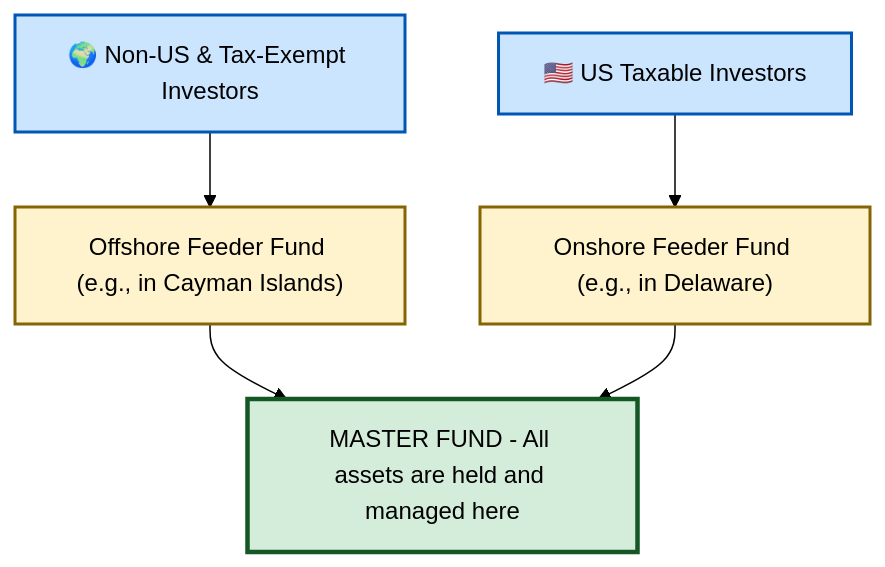
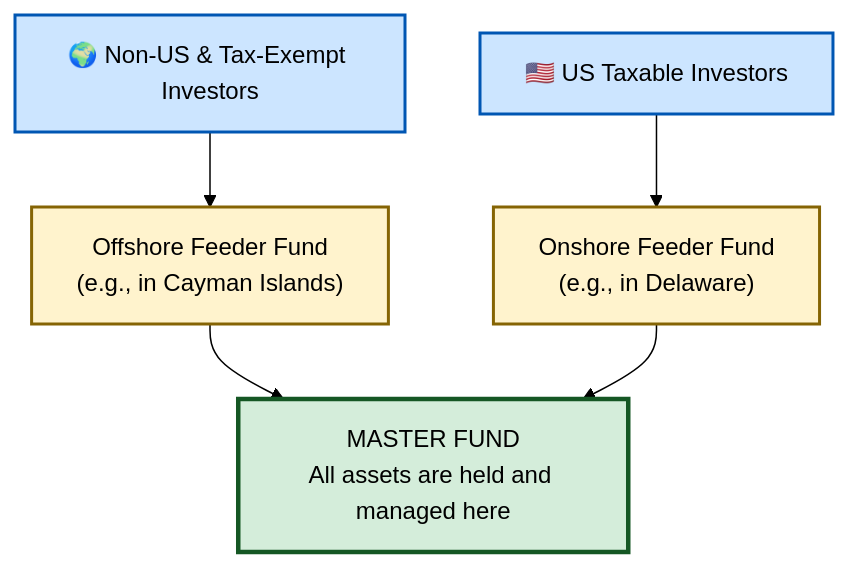
Before and after one commit to agarwalvipin/open_cfa: the diagram in docs/LOS/Alts/Reading 81.md, drawn with Mermaid (forest theme). The commit also changed other lines of this file, not shown here.

Commit message:
Refactor hedge fund structure diagram for improved readability and clarity

````diff
--- a/docs/LOS/Alts/Reading 81.md
+++ b/docs/LOS/Alts/Reading 81.md
@@ -57,13 +57,13 @@
 ```mermaid
 graph TD
-    A["🌍 Non-US & Tax-Exempt Investors"] --> B["Offshore Feeder Fund (e.g., in Cayman Islands)"]
-    C["🇺🇸 US Taxable Investors"] --> D["Onshore Feeder Fund (e.g., in Delaware)"]
-    B --> E["MASTER FUND - All assets are held and managed here"]
-    D --> E
+      A["🌍 Non-US & Tax-Exempt Investors"] --> B["Offshore Feeder Fund<br/>(e.g., in Cayman Islands)"]
+      C["🇺🇸 US Taxable Investors"] --> D["Onshore Feeder Fund<br/>(e.g., in Delaware)"]
+      B --> E["MASTER FUND<br/>All assets are held and managed here"]
+      D --> E
 
-    style A fill:#cce5ff,stroke:#0056b3,stroke-width:2px
-    style C fill:#cce5ff,stroke:#0056b3,stroke-width:2px
-    style B fill:#fff3cd,stroke:#856404,stroke-width:2px
-    style D fill:#fff3cd,stroke:#856404,stroke-width:2px
-    style E fill:#d4edda,stroke:#155724,stroke-width:3px
+      style A fill:#cce5ff,stroke:#0056b3,stroke-width:2px
+      style C fill:#cce5ff,stroke:#0056b3,stroke-width:2px
+      style B fill:#fff3cd,stroke:#856404,stroke-width:2px
+      style D fill:#fff3cd,stroke:#856404,stroke-width:2px
+      style E fill:#d4edda,stroke:#155724,stroke-width:3px
 ```
````
